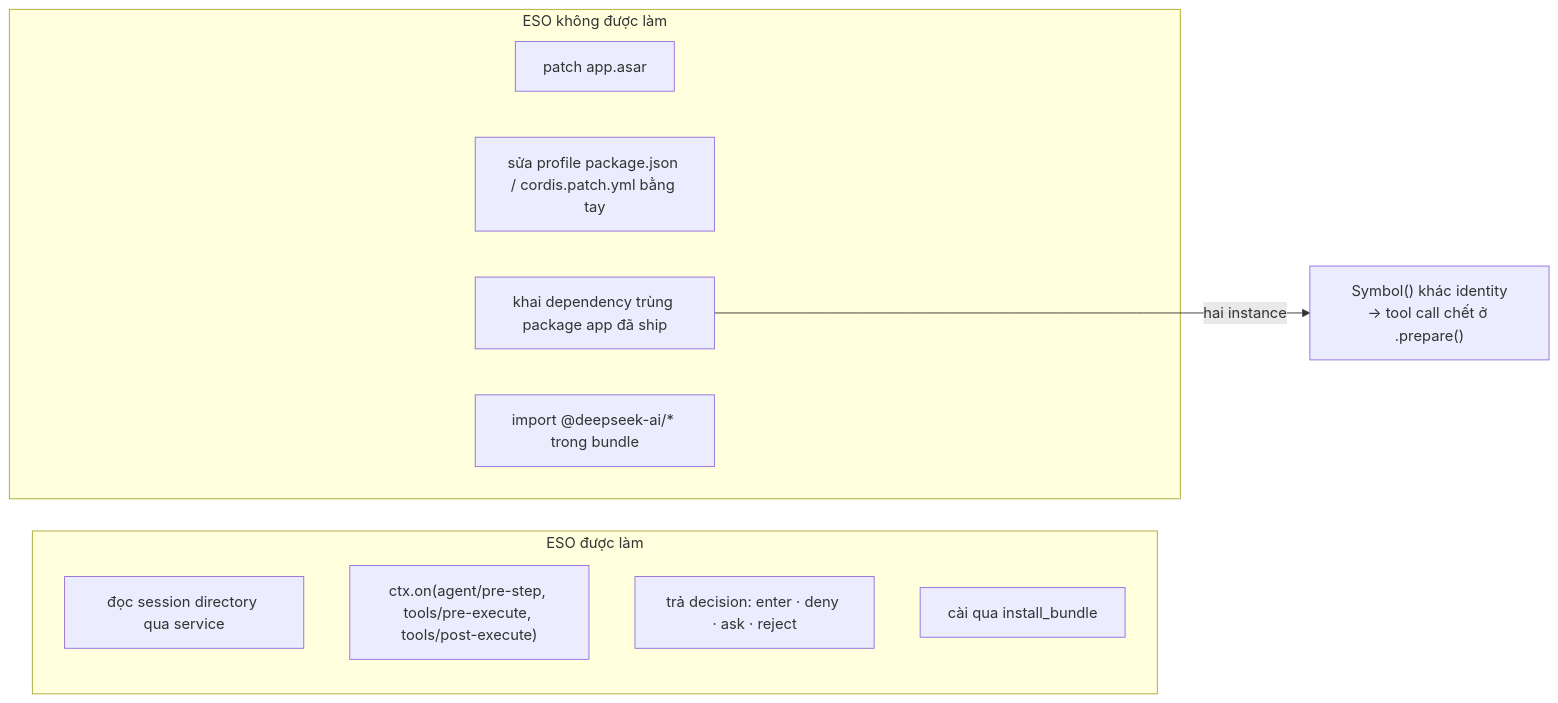
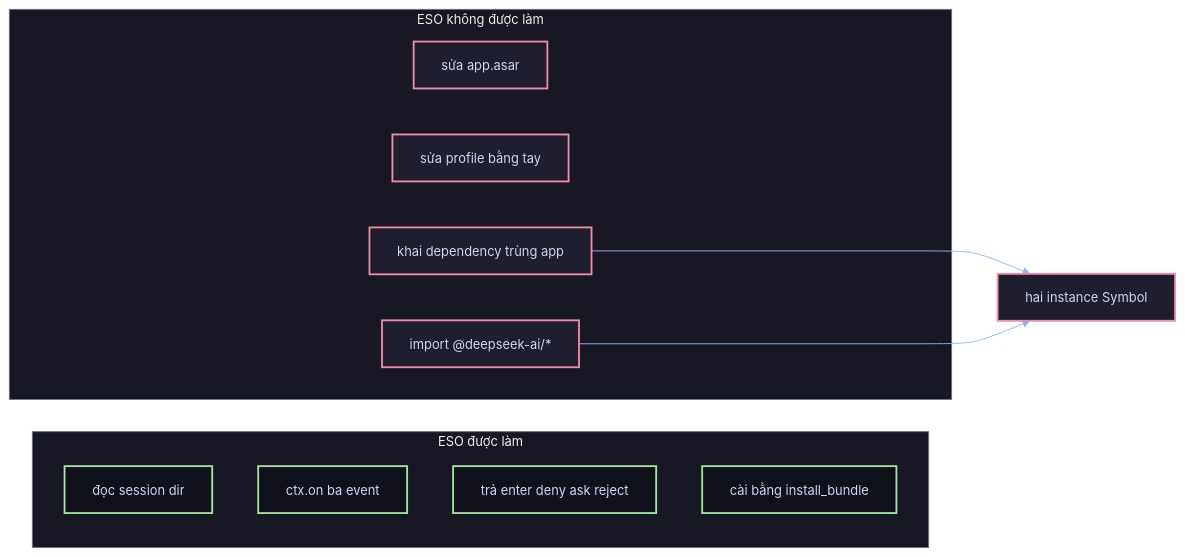
The fourth of 4 diagrams in documents/07.how-it-works/01.landscape.md (thangs2/harness-eso), drawn with Mermaid before and after one commit. The commit also changed other lines of this file and 10 other files, not shown here.

First line of the commit message:
docs: redraw the how-it-works pack under one mermaid standard

````diff
--- a/documents/07.how-it-works/01.landscape.md
+++ b/documents/07.how-it-works/01.landscape.md
@@ -138,16 +143,22 @@
 ```mermaid
+%%{init: {"theme": "base", "themeVariables": {"background": "#1e1e2e", "primaryColor": "#313244", "primaryTextColor": "#cdd6f4", "primaryBorderColor": "#cba6f7", "lineColor": "#89b4fa", "secondaryColor": "#181825", "tertiaryColor": "#11111b", "clusterBkg": "#181825", "clusterBorder": "#6c7086", "edgeLabelBackground": "#1e1e2e", "fontSize": "14px", "actorBkg": "#313244", "actorBorder": "#cba6f7", "actorTextColor": "#cdd6f4", "signalColor": "#89b4fa", "signalTextColor": "#cdd6f4", "noteBkgColor": "#313244", "noteTextColor": "#cdd6f4", "noteBorderColor": "#f9e2af"}}}%%
 flowchart LR
-  subgraph ALLOWED["ESO được làm"]
-    A1["đọc session directory qua service"]
-    A2["ctx.on(agent/pre-step, tools/pre-execute, tools/post-execute)"]
-    A3["trả decision: enter · deny · ask · reject"]
-    A4["cài qua install_bundle"]
-  end
-  subgraph FORBIDDEN["ESO không được làm"]
-    F1["patch app.asar"]
-    F2["sửa profile package.json / cordis.patch.yml bằng tay"]
-    F3["khai dependency trùng package app đã ship"]
-    F4["import @deepseek-ai/* trong bundle"]
-  end
-  F3 -->|"hai instance"| CRASH["Symbol() khác identity\n→ tool call chết ở .prepare()"]
+
+    classDef shared fill:#11111b,stroke:#a6e3a1,stroke-width:2px,color:#cdd6f4
+    classDef stop fill:#1e1e2e,stroke:#f38ba8,stroke-width:2px,color:#cdd6f4
+
+    subgraph OK ["ESO được làm"]
+        A1[đọc session dir]:::shared
+        A2[ctx.on ba event]:::shared
+        A3[trả enter deny ask reject]:::shared
+        A4[cài bằng install_bundle]:::shared
+    end
+    subgraph NO ["ESO không được làm"]
+        F1[sửa app.asar]:::stop
+        F2[sửa profile bằng tay]:::stop
+        F3[khai dependency trùng app]:::stop
+        F4[import @deepseek-ai/*]:::stop
+    end
+    F3 --> CRASH[hai instance Symbol]:::stop
+    F4 --> CRASH
 ```
````
